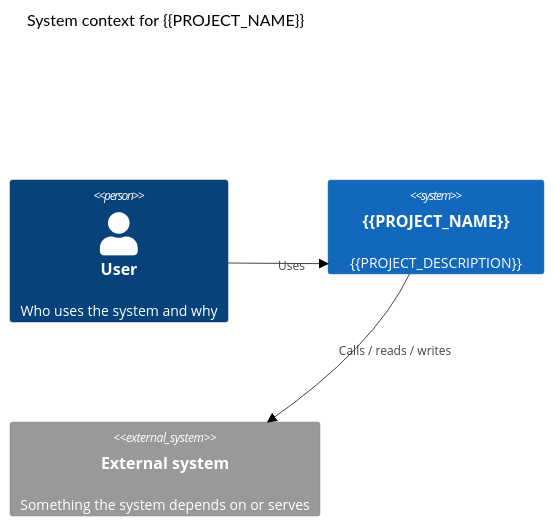
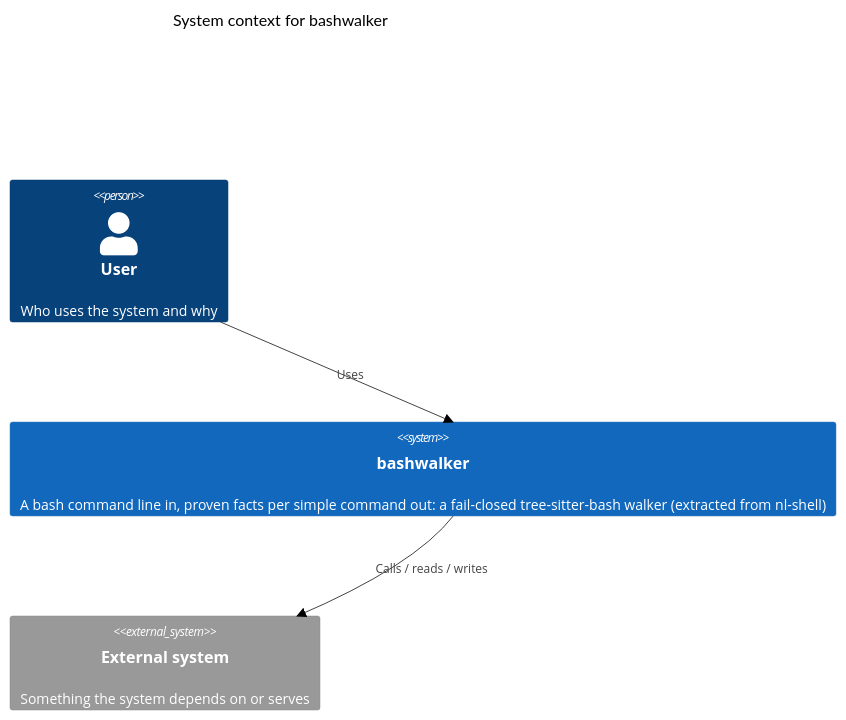
Before and after one commit to getwyrd/bashwalker: the diagram in docs/design/architecture/diagrams/c4-context.mermaid, drawn with Mermaid (neutral theme). The commit also changed 47 other files, not shown here.

```diff
--- a/docs/design/architecture/diagrams/c4-context.mermaid
+++ b/docs/design/architecture/diagrams/c4-context.mermaid
@@ -1,11 +1,11 @@
 %% C4 level 1: the system and who or what it talks to (architecture §3).
 %% Replace the placeholder people and systems with the real ones.
 C4Context
-  title System context for {{PROJECT_NAME}}
+  title System context for bashwalker
 
   Person(user, "User", "Who uses the system and why")
-  System(system, "{{PROJECT_NAME}}", "{{PROJECT_DESCRIPTION}}")
+  System(system, "bashwalker", "A bash command line in, proven facts per simple command out: a fail-closed tree-sitter-bash walker (extracted from nl-shell)")
   System_Ext(external, "External system", "Something the system depends on or serves")
 
   Rel(user, system, "Uses")
   Rel(system, external, "Calls / reads / writes")
```
